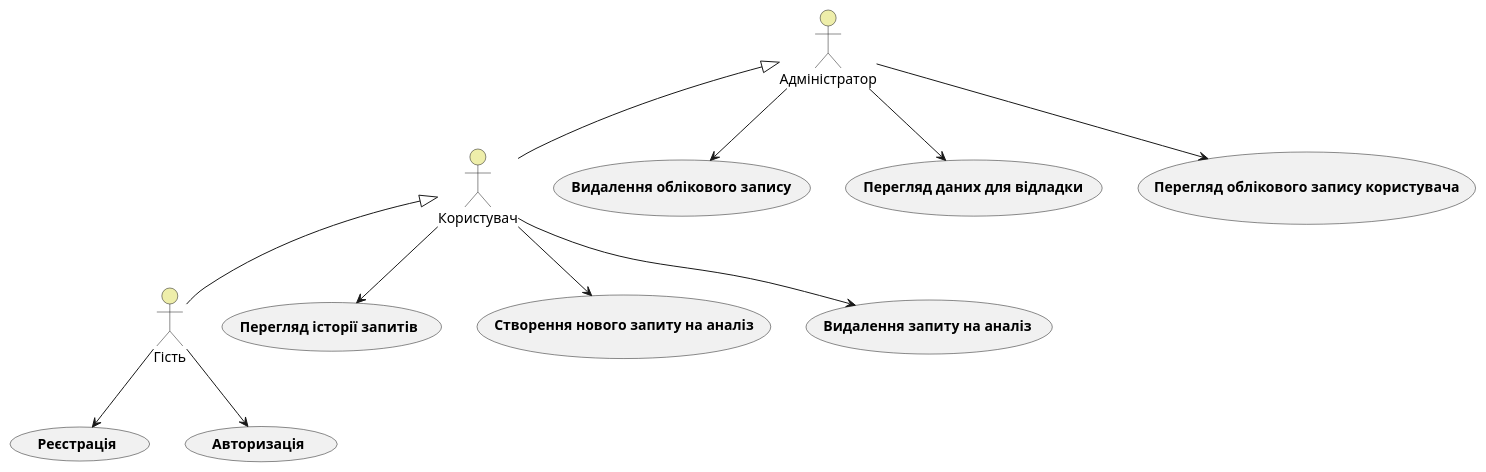
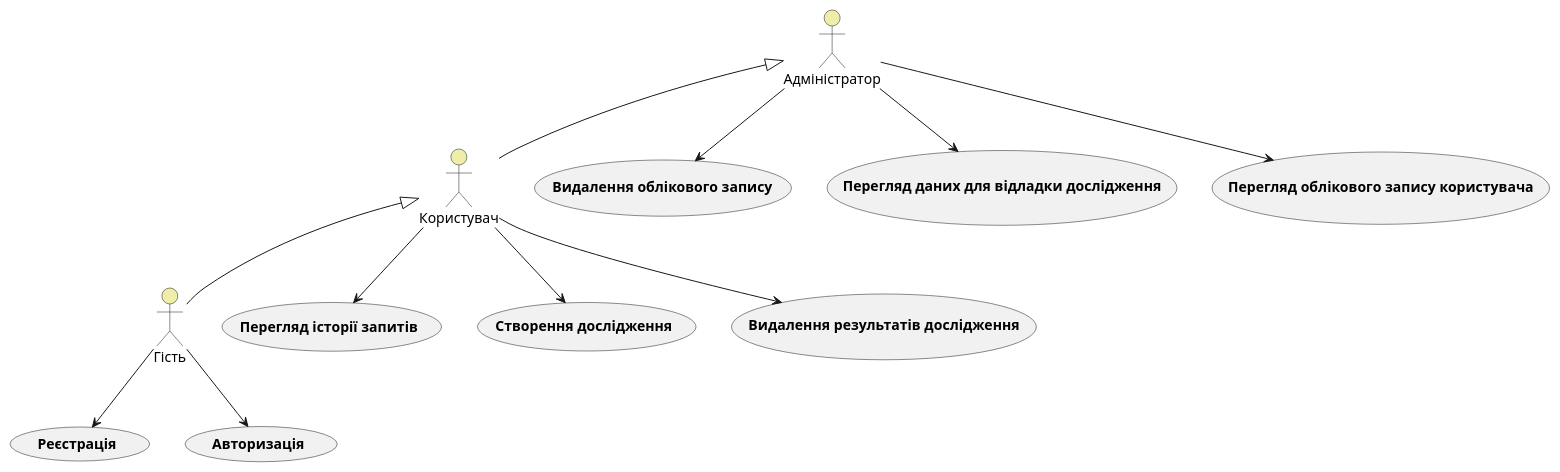
The first of 12 diagrams in docs/use cases/README.md (kpi-wolves/edu_db_labs), drawn with PlantUML before and after one commit. The commit also changed other lines of this file, not shown here.

```diff
--- a/docs/use cases/README.md
+++ b/docs/use cases/README.md
@@ -11,25 +11,25 @@
 @startuml
     actor "Гість" as Guest #eeeeaa
     actor "Користувач" as User #eeeeaa
     actor "Адміністратор" as Admin #eeeeaa
     
-    usecase "<b>Реєстрація</b>" as UC_1
-    usecase "<b>Авторизація</b>" as UC_2
-    usecase "<b>Перегляд історії запитів</b>" as UC_3
-    usecase "<b>Створення нового запиту на аналіз</b>" as UC_4
-    usecase "<b>Видалення запиту на аналіз</b>" as UC_5
-    usecase "<b>Видалення облікового запису</b>" as UC_6
-    usecase "<b>Перегляд даних для відладки</b>" as UC_7
-    usecase "<b>Перегляд облікового запису користувача</b>" as UC_8
+    usecase "<b>Реєстрація</b>" as REGISTRATION
+    usecase "<b>Авторизація</b>" as AUTHORIZATION
+    usecase "<b>Перегляд історії запитів</b>" as VIEW_HISTORY
+    usecase "<b>Створення дослідження</b>" as MAKE_RESEARCH
+    usecase "<b>Видалення результатів дослідження</b>" as DELETE_RESEARCH
+    usecase "<b>Видалення облікового запису</b>" as DELETE_USER
+    usecase "<b>Перегляд даних для відладки дослідження</b>" as VIEW_RESEARCH_DEBUG_DATA
+    usecase "<b>Перегляд облікового запису користувача</b>" as VIEW_USER_ACCOUNT
     
     Guest -u-|> User
     User -u-|> Admin 
-    Guest --> UC_1   
-    Guest --> UC_2
-    User --> UC_3
-    User --> UC_4
-    User --> UC_5
-    Admin --> UC_6
-    Admin --> UC_7
-    Admin --> UC_8
+    Guest --> REGISTRATION   
+    Guest --> AUTHORIZATION
+    User --> VIEW_HISTORY
+    User --> MAKE_RESEARCH
+    User --> DELETE_RESEARCH
+    Admin --> DELETE_USER
+    Admin --> VIEW_RESEARCH_DEBUG_DATA
+    Admin --> VIEW_USER_ACCOUNT
 @enduml
```
